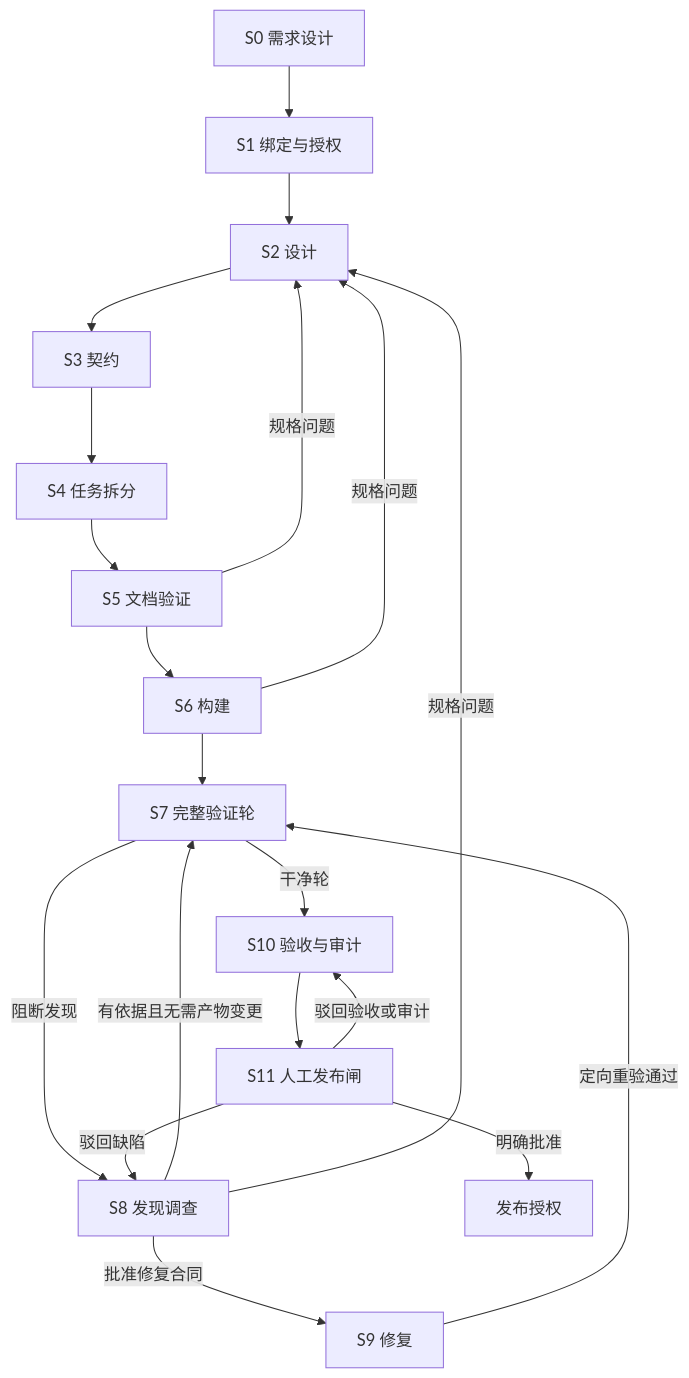
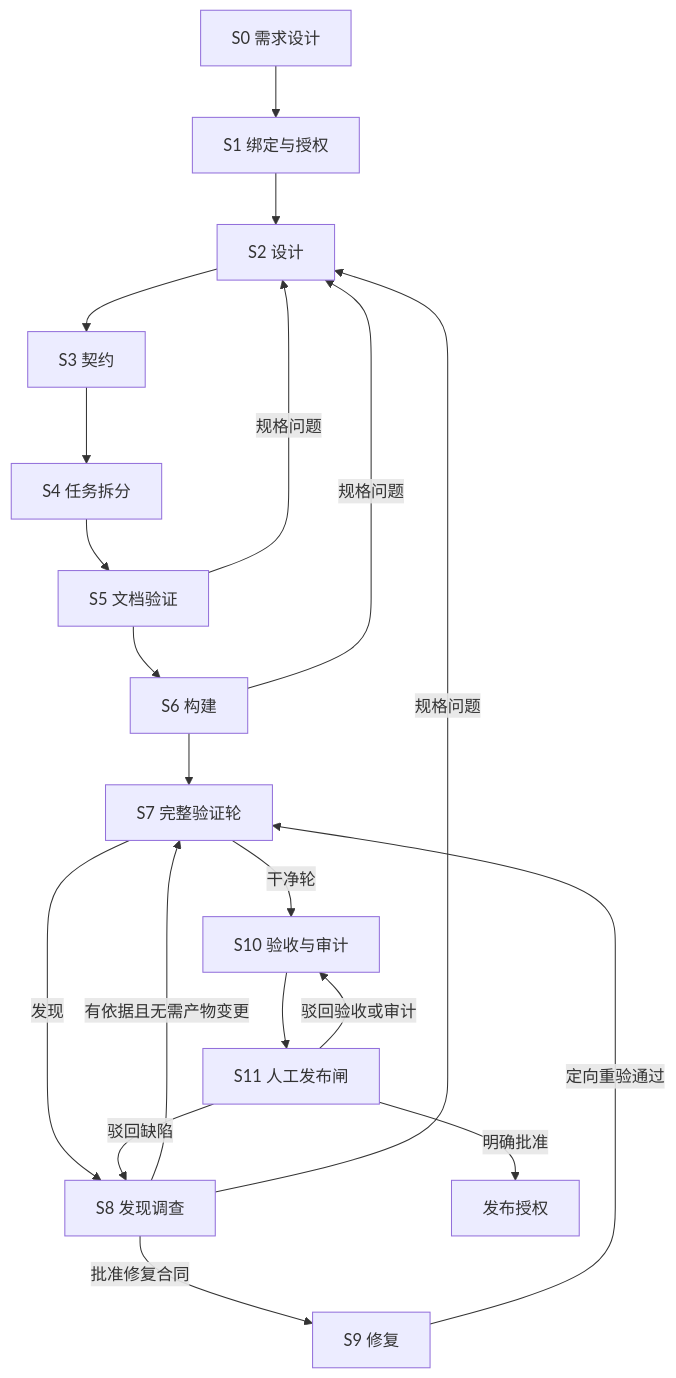
Before and after one commit to entroforge/go-system-builder: the diagram in blueprint/l2-lifecycle/L2-lifecycle-plan.md, drawn with Mermaid. The commit also changed other lines of this file and 1694 other files, not shown here.

````diff
--- a/blueprint/l2-lifecycle/L2-lifecycle-plan.md
+++ b/blueprint/l2-lifecycle/L2-lifecycle-plan.md
@@ -9,17 +9,17 @@
 ```mermaid
 flowchart TD
     S0[S0 需求设计] --> S1[S1 绑定与授权]
     S1 --> S2[S2 设计] --> S3[S3 契约] --> S4[S4 任务拆分]
     S4 --> S5[S5 文档验证] --> S6[S6 构建] --> S7[S7 完整验证轮]
     S7 -->|干净轮| S10[S10 验收与审计] --> S11[S11 人工发布闸]
-    S7 -->|阻断发现| S8[S8 发现调查]
+    S7 -->|发现| S8[S8 发现调查]
     S8 -->|批准修复合同| S9[S9 修复]
     S8 -->|有依据且无需产物变更| S7
     S8 -->|规格问题| S2
     S9 -->|定向重验通过| S7
     S11 -->|驳回缺陷| S8
     S11 -->|驳回验收或审计| S10
     S11 -->|明确批准| AUTH[发布授权]
     S5 -->|规格问题| S2
     S6 -->|规格问题| S2
 ```
````
